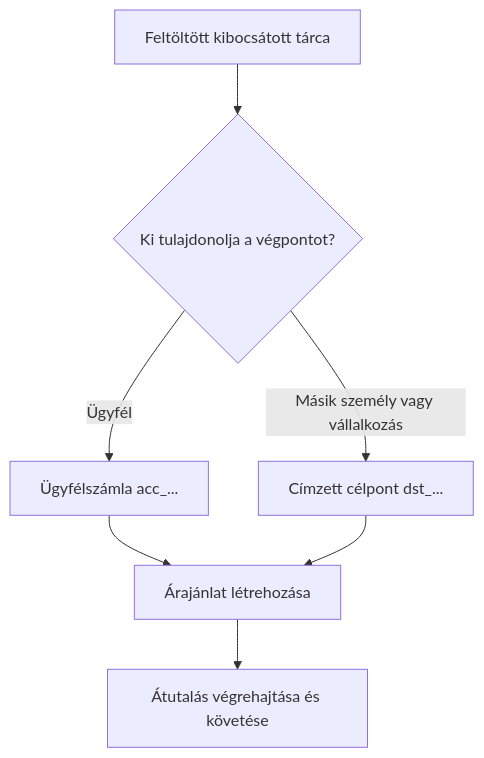
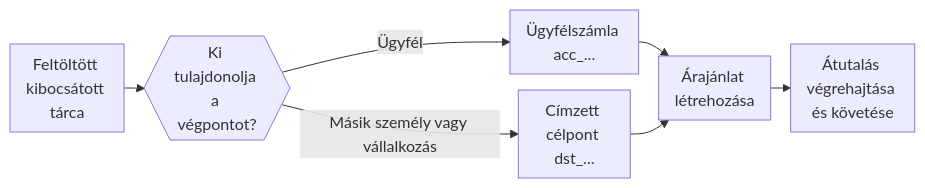
One commit to swipelux/public-docs changed the diagram in hu/integration/send-funds.mdx. Above: the diagram before and after it, drawn with Mermaid. The commit also changed 199 other files, not shown here.

````diff
--- a/hu/integration/send-funds.mdx
+++ b/hu/integration/send-funds.mdx
@@ -8,9 +8,10 @@
 ```mermaid
-flowchart TD
-  A["Feltöltött kibocsátott tárca"] --> B{"Ki tulajdonolja a végpontot?"}
+%%{init: {"flowchart": {"rankSpacing": 20, "nodeSpacing": 16, "wrappingWidth": 80, "padding": 8}}}%%
+flowchart LR
+  A["Feltöltött kibocsátott tárca"] --> B{{"Ki tulajdonolja a végpontot?"}}
   B -->|"Ügyfél"| C["Ügyfélszámla acc_..."]
   B -->|"Másik személy vagy vállalkozás"| D["Címzett célpont dst_..."]
   C --> E["Árajánlat létrehozása"]
   D --> E
   E --> F["Átutalás végrehajtása és követése"]
 ```
````
